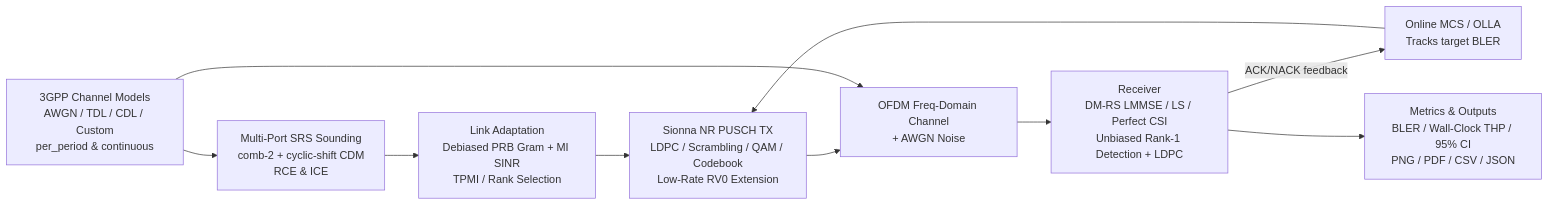
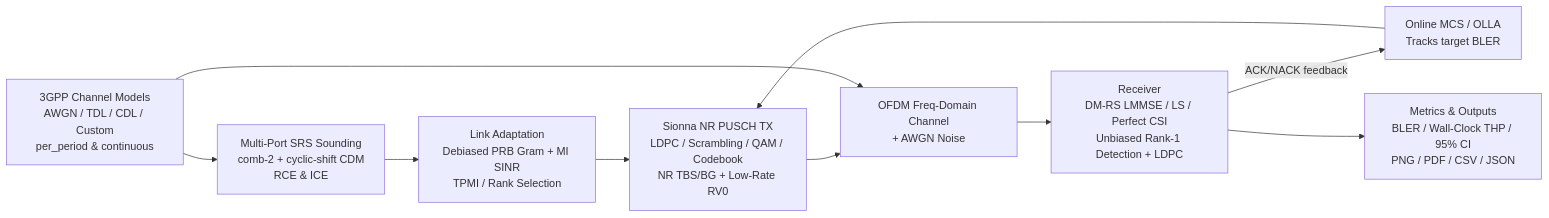
The diagram in README_EN.md (zhangzij15/nr-pusch-baseline), drawn with Mermaid before and after one commit. The commit also changed other lines of this file and 18 other files, not shown here.

````diff
--- a/README_EN.md
+++ b/README_EN.md
@@ -105,12 +108,12 @@
 ```mermaid
 flowchart LR
   CIR["3GPP Channel Models<br/>AWGN / TDL / CDL / Custom<br/>per_period & continuous"] --> SRS["Multi-Port SRS Sounding<br/>comb-2 + cyclic-shift CDM<br/>RCE & ICE"]
   SRS --> LA["Link Adaptation<br/>Debiased PRB Gram + MI SINR<br/>TPMI / Rank Selection"]
-  LA --> TX["Sionna NR PUSCH TX<br/>LDPC / Scrambling / QAM / Codebook<br/>Low-Rate RV0 Extension"]
+  LA --> TX["Sionna NR PUSCH TX<br/>LDPC / Scrambling / QAM / Codebook<br/>NR TBS/BG + Low-Rate RV0"]
   TX --> CH["OFDM Freq-Domain Channel<br/>+ AWGN Noise"]
   CIR --> CH
   CH --> RX["Receiver<br/>DM-RS LMMSE / LS / Perfect CSI<br/>Unbiased Rank-1 Detection + LDPC"]
   RX -->|"ACK/NACK feedback"| MCS["Online MCS / OLLA<br/>Tracks target BLER"]
   MCS --> TX
   RX --> OUT["Metrics & Outputs<br/>BLER / Wall-Clock THP / 95% CI<br/>PNG / PDF / CSV / JSON"]
 ```
````
